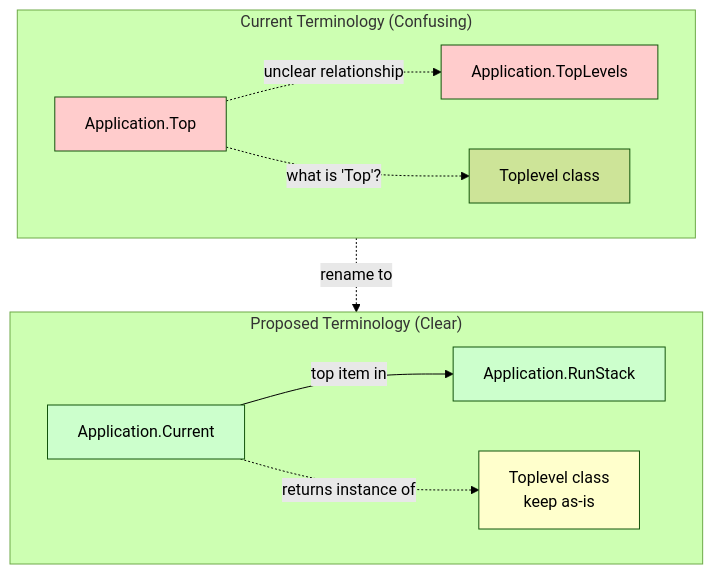
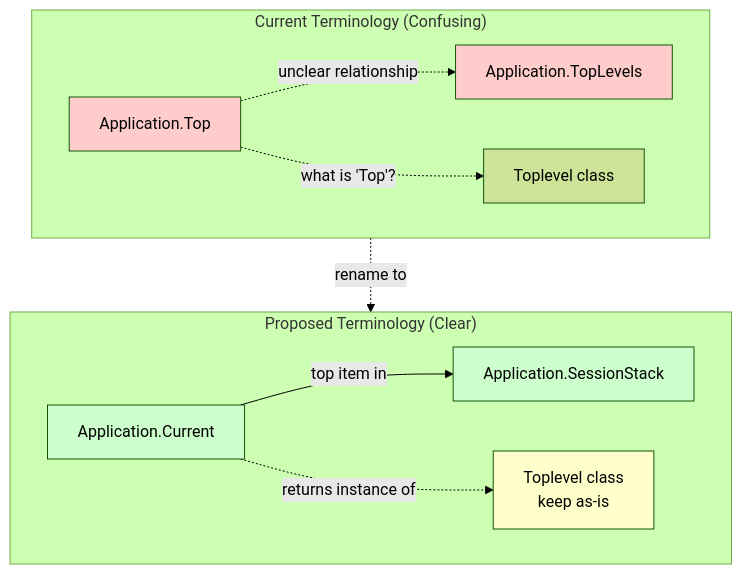
Before and after one commit to gui-cs/Terminal.Gui: the first of 11 diagrams in docfx/docs/terminology-diagrams.md, drawn with Mermaid (forest theme). The commit also changed other lines of this file and 4 other files, not shown here.

Commit message:
Update proposal: RunStack → SessionStack to align with SessionToken terminology

````diff
--- a/docfx/docs/terminology-diagrams.md
+++ b/docfx/docs/terminology-diagrams.md
@@ -7,29 +7,29 @@
 ```mermaid
 graph TB
     subgraph Current["Current Terminology (Confusing)"]
         A1[Application.Top]
         A2[Application.TopLevels]
         A3[Toplevel class]
         
         A1 -.->|"unclear relationship"| A2
         A1 -.->|"what is 'Top'?"| A3
         
         style A1 fill:#ffcccc
         style A2 fill:#ffcccc
     end
     
     subgraph Proposed["Proposed Terminology (Clear)"]
         B1[Application.Current]
-        B2[Application.RunStack]
+        B2[Application.SessionStack]
         B3[Toplevel class<br/>keep as-is]
         
         B1 -->|"top item in"| B2
         B1 -.->|"returns instance of"| B3
         
         style B1 fill:#ccffcc
         style B2 fill:#ccffcc
         style B3 fill:#ffffcc
     end
     
     Current -.->|"rename to"| Proposed
 ```
````
